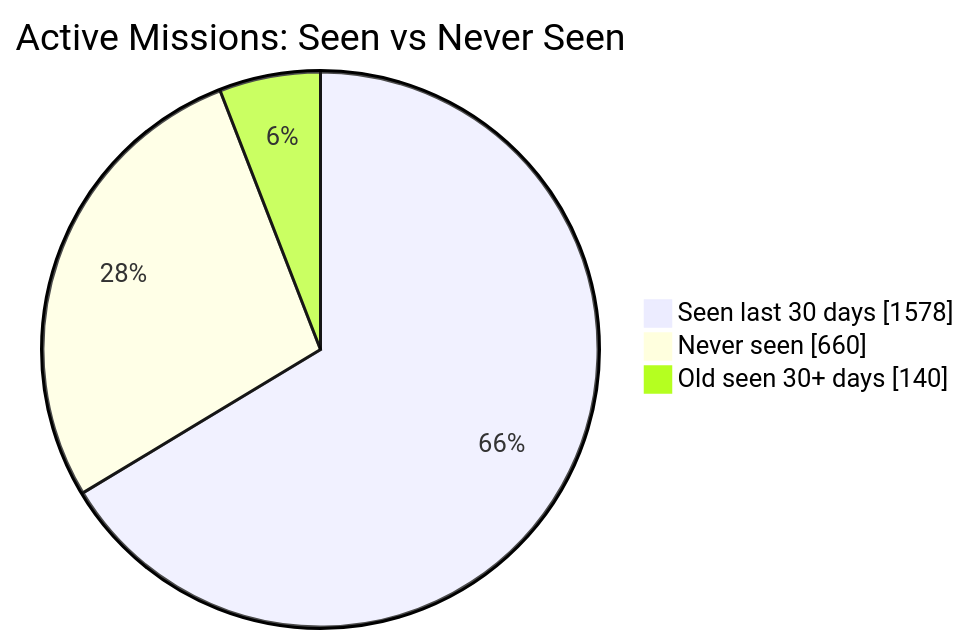
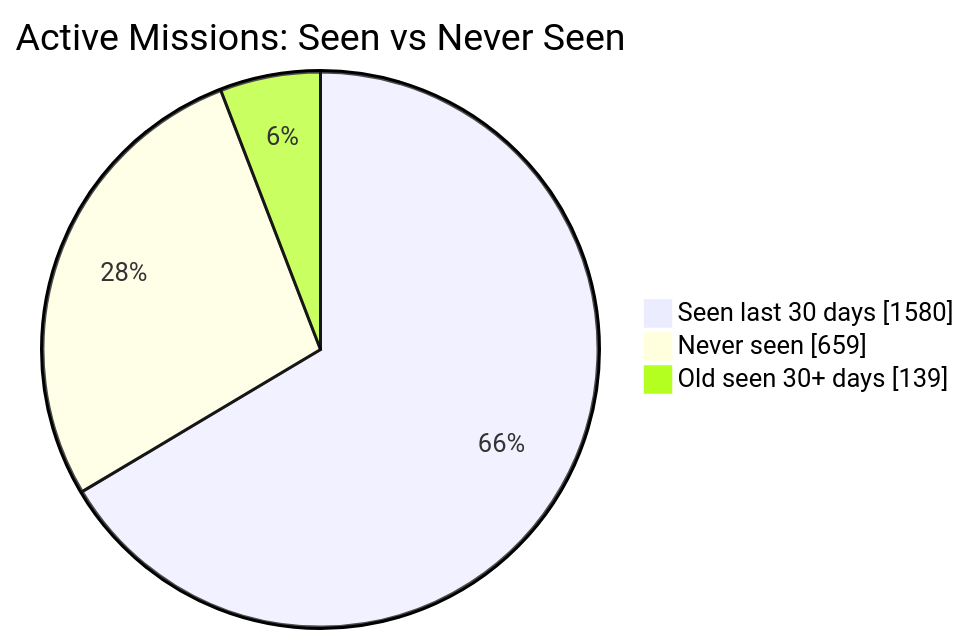
Before and after one commit to MeldkamerspelGameTeam/active-missions: the first of 2 diagrams in README.md, drawn with Mermaid. The commit also changed other lines of this file and 3 other files, not shown here.

````diff
--- a/README.md
+++ b/README.md
@@ -34,7 +34,7 @@
 ```mermaid
 pie showData
     title Active Missions: Seen vs Never Seen
-    "Seen last 30 days" : 1578
-    "Never seen" : 660
-    "Old seen 30+ days" : 140
+    "Seen last 30 days" : 1580
+    "Never seen" : 659
+    "Old seen 30+ days" : 139
 ```
````
